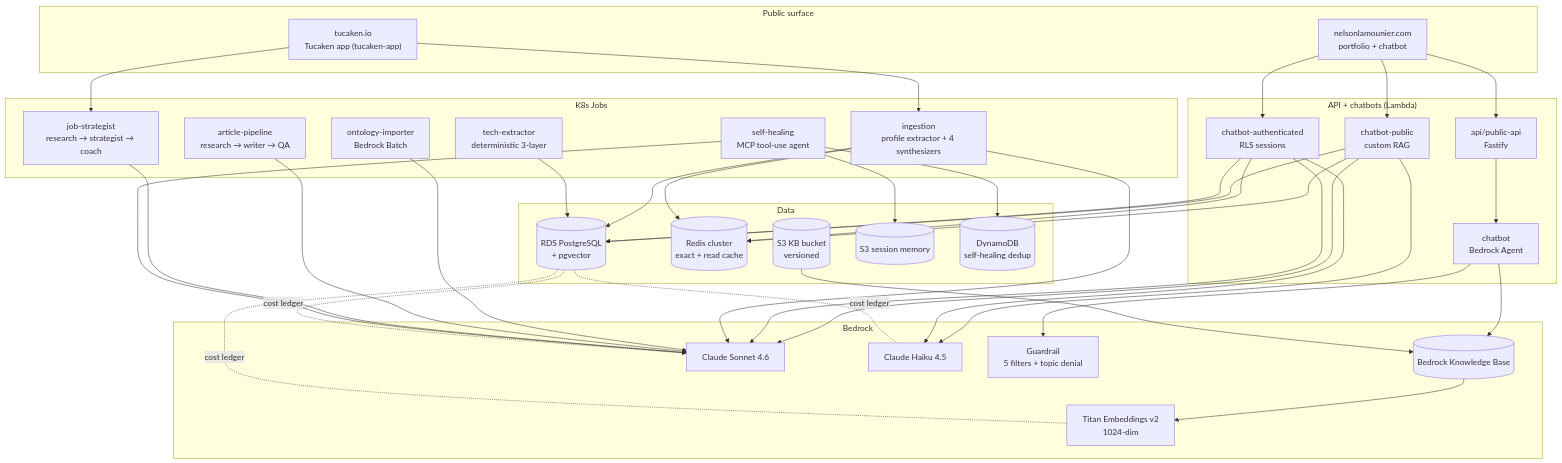
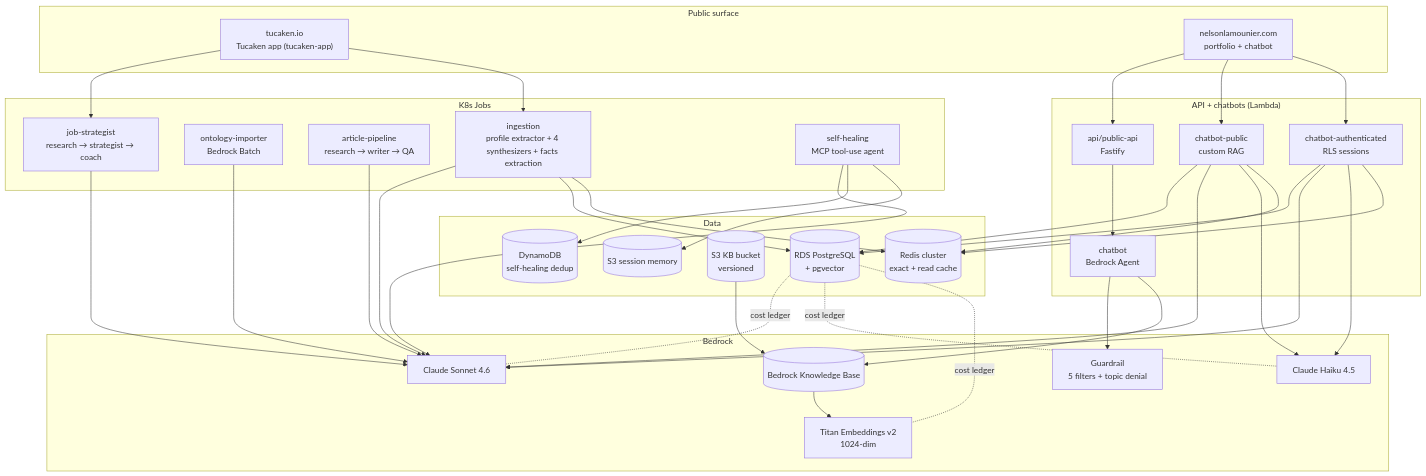
The diagram in README.md (Nelson-Lamounier/ai-applications), drawn with Mermaid before and after one commit. The commit also changed other lines of this file and 10 other files, not shown here.

````diff
--- a/README.md
+++ b/README.md
@@ -114,67 +115,65 @@
 ```mermaid
 flowchart TD
     subgraph "Public surface"
         Tucaken["tucaken.io<br/>Tucaken app (tucaken-app)"]
         Web["nelsonlamounier.com<br/>portfolio + chatbot"]
     end
 
     subgraph "API + chatbots (Lambda)"
         API[api/public-api<br/>Fastify]
         ChatbotMgd[chatbot<br/>Bedrock Agent]
         ChatbotPub[chatbot-public<br/>custom RAG]
         ChatbotAuth[chatbot-authenticated<br/>RLS sessions]
     end
 
     subgraph "K8s Jobs"
-        Ingest[ingestion<br/>profile extractor + 4 synthesizers]
-        TechE[tech-extractor<br/>deterministic 3-layer]
+        Ingest[ingestion<br/>profile extractor + 4 synthesizers + facts extraction]
         Ont[ontology-importer<br/>Bedrock Batch]
         Art[article-pipeline<br/>research → writer → QA]
         Strat[job-strategist<br/>research → strategist → coach]
         SelfHeal[self-healing<br/>MCP tool-use agent]
     end
 
     subgraph "Bedrock"
         KB[(Bedrock Knowledge Base)]
         Sonnet[Claude Sonnet 4.6]
         Haiku[Claude Haiku 4.5]
         Titan[Titan Embeddings v2<br/>1024-dim]
         Guardrail[Guardrail<br/>5 filters + topic denial]
     end
 
     subgraph "Data"
         RDS[(RDS PostgreSQL<br/>+ pgvector)]
         Redis[(Redis cluster<br/>exact + read cache)]
         S3KB[(S3 KB bucket<br/>versioned)]
         S3Mem[(S3 session memory)]
         DDBDedup[(DynamoDB<br/>self-healing dedup)]
     end
 
     Tucaken --> Strat
     Tucaken --> Ingest
     Web --> API
     Web --> ChatbotPub
     Web --> ChatbotAuth
     API --> ChatbotMgd
     ChatbotMgd --> Guardrail
     ChatbotMgd --> KB
     KB --> Titan
     ChatbotPub --> RDS
     ChatbotPub --> Sonnet
     ChatbotAuth --> RDS
     ChatbotAuth --> Sonnet
     ChatbotPub & ChatbotAuth --> Haiku
     Ingest --> Sonnet
     Ingest --> RDS
-    TechE --> RDS
     Ont --> Sonnet
     Art & Strat --> Sonnet
     SelfHeal --> Sonnet
     SelfHeal --> DDBDedup
     SelfHeal --> S3Mem
     RDS -.cost ledger.- Sonnet
     RDS -.cost ledger.- Haiku
     RDS -.cost ledger.- Titan
     S3KB --> KB
     ChatbotPub & ChatbotAuth & Ingest --> Redis
 ```
````
